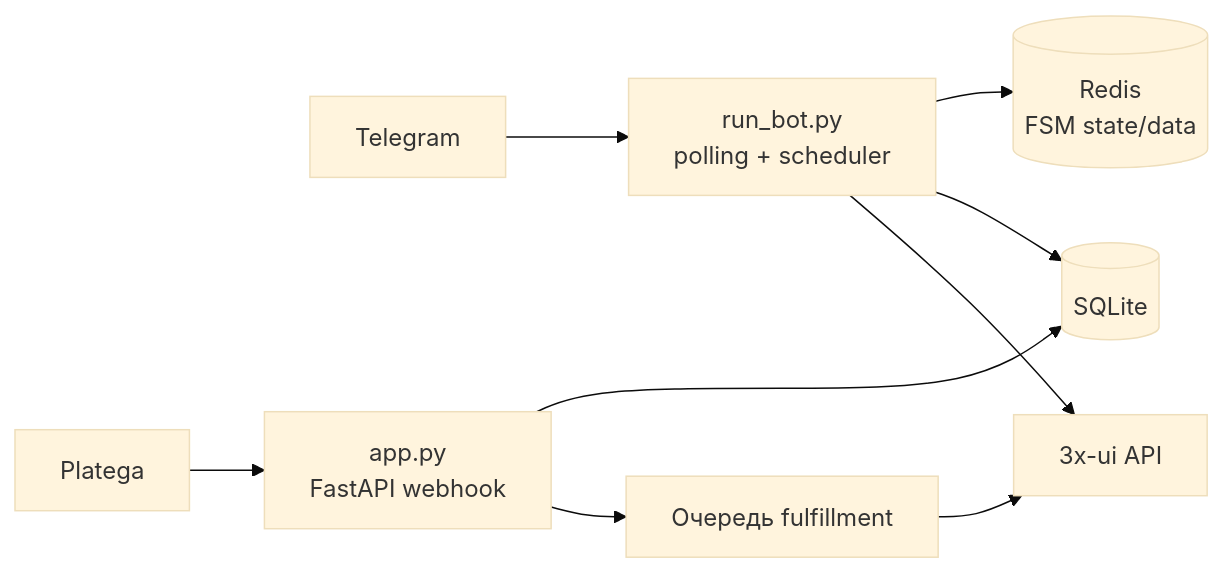
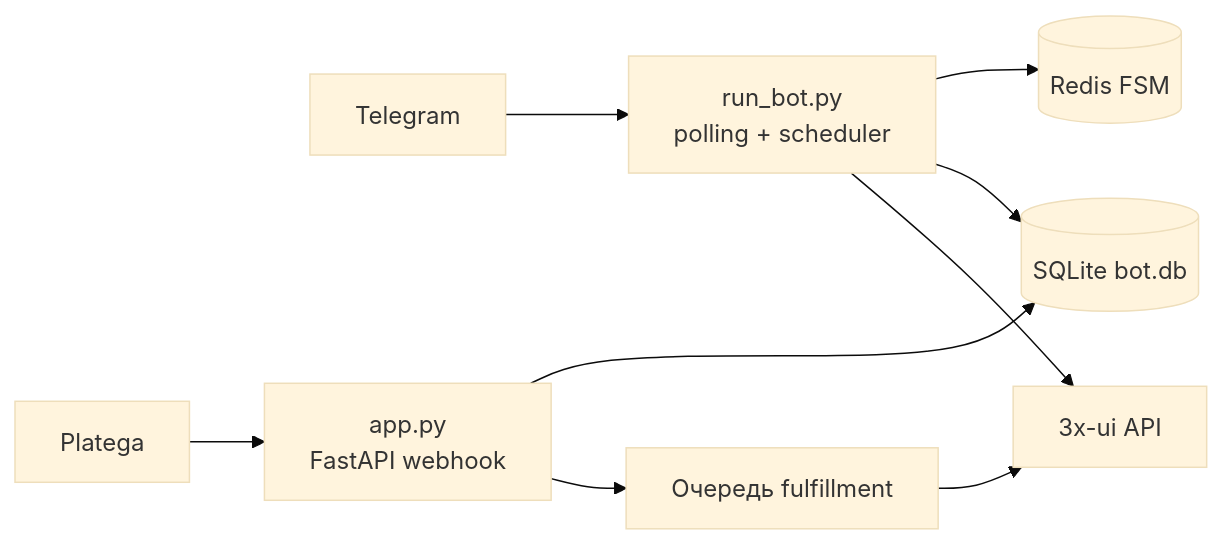
One commit to Sp0nge-bob/xuibot changed the diagram in docs/architecture.md. Above: the diagram before and after it, drawn with Mermaid (base theme). The commit also changed other lines of this file and 14 other files, not shown here.

````diff
--- a/docs/architecture.md
+++ b/docs/architecture.md
@@ -9,11 +9,11 @@
 ```mermaid
 flowchart LR
     TG[Telegram] --> BOT[run_bot.py\npolling + scheduler]
     PL[Platega] --> APP[app.py\nFastAPI webhook]
     APP --> Q[Очередь fulfillment]
     Q --> XUI[3x-ui API]
     BOT --> XUI
-    BOT --> DB[(SQLite)]
+    BOT --> DB[(SQLite bot.db)]
     APP --> DB
-    BOT --> REDIS[(Redis\nFSM state/data)]
+    BOT --> REDIS[(Redis FSM)]
 ```
````
